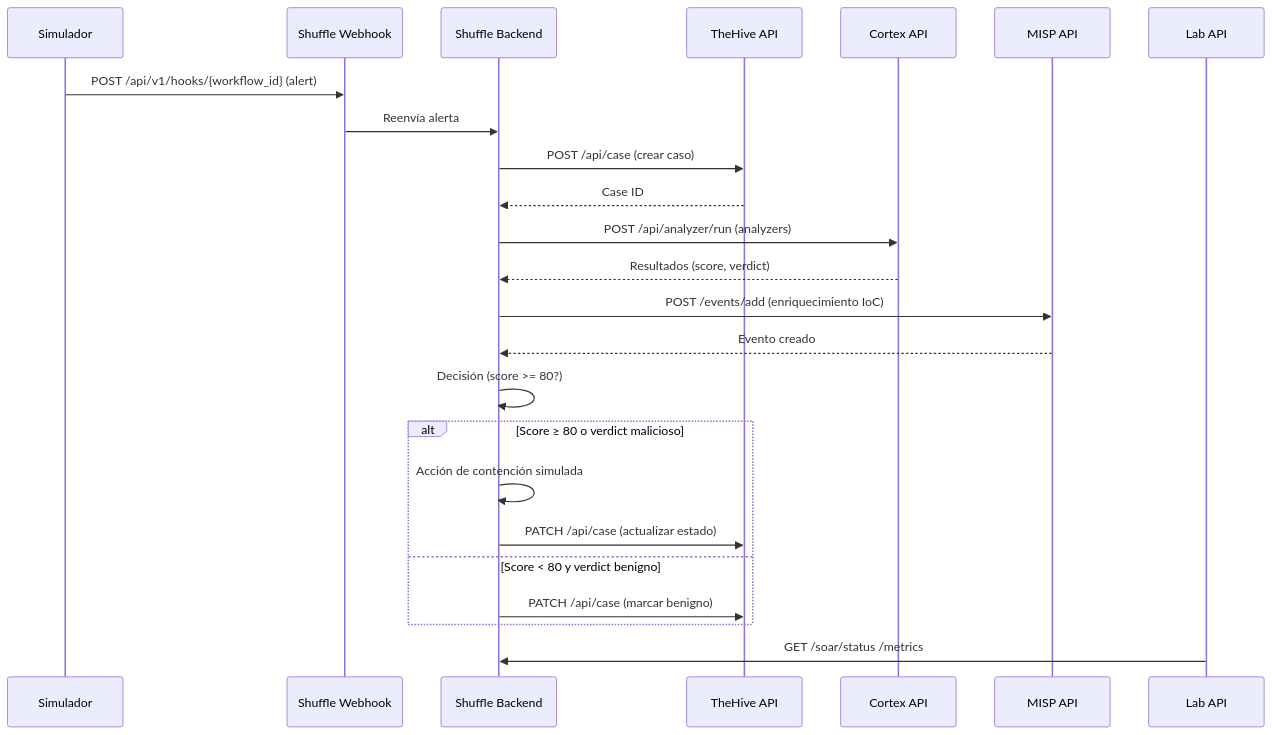
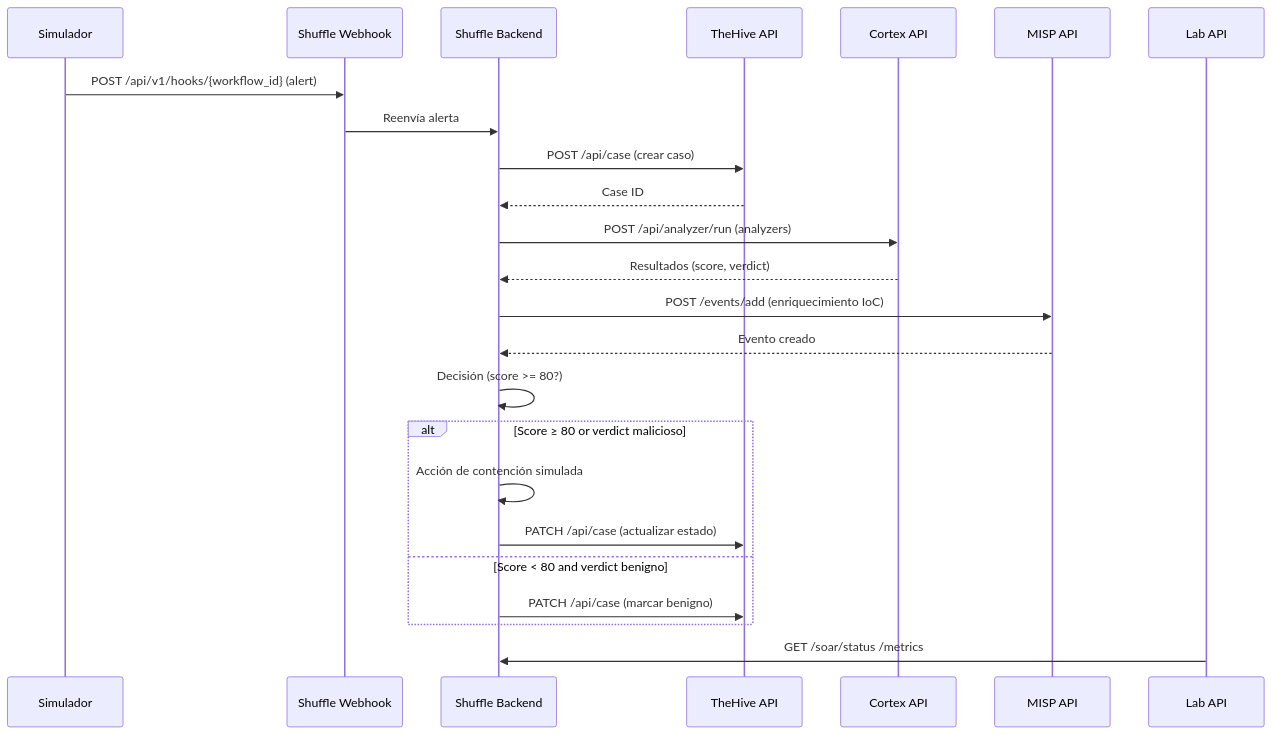
Before and after one commit to alesanfe/soar-ransomware-lab: the diagram in docs/03-api-and-integrations.md, drawn with Mermaid. The commit also changed 3 other files, not shown here.

Commit message:
docs: fix remaining Mermaid o/y->or/and, trailing slashes, missing word in test description

````diff
--- a/docs/03-api-and-integrations.md
+++ b/docs/03-api-and-integrations.md
@@ -825,27 +825,27 @@
 ```mermaid
 sequenceDiagram
  participant Sim as Simulador
  participant Shuffle as Shuffle Webhook
  participant Backend as Shuffle Backend
  participant TheHive as TheHive API
  participant Cortex as Cortex API
  participant MISP as MISP API
  participant LabAPI as Lab API
 
  Sim->>Shuffle: POST /api/v1/hooks/{workflow_id} (alert)
  Shuffle->>Backend: Reenvía alerta
  Backend->>TheHive: POST /api/case (crear caso)
  TheHive-->>Backend: Case ID
  Backend->>Cortex: POST /api/analyzer/run (analyzers)
  Cortex-->>Backend: Resultados (score, verdict)
  Backend->>MISP: POST /events/add (enriquecimiento IoC)
  MISP-->>Backend: Evento creado
  Backend->>Backend: Decisión (score >= 80?)
- alt Score ≥ 80 o verdict malicioso
+ alt Score ≥ 80 or verdict malicioso
  Backend->>Backend: Acción de contención simulada
  Backend->>TheHive: PATCH /api/case (actualizar estado)
- else Score < 80 y verdict benigno
+ else Score < 80 and verdict benigno
  Backend->>TheHive: PATCH /api/case (marcar benigno)
  end
  LabAPI->>Backend: GET /soar/status /metrics
 ```
````
